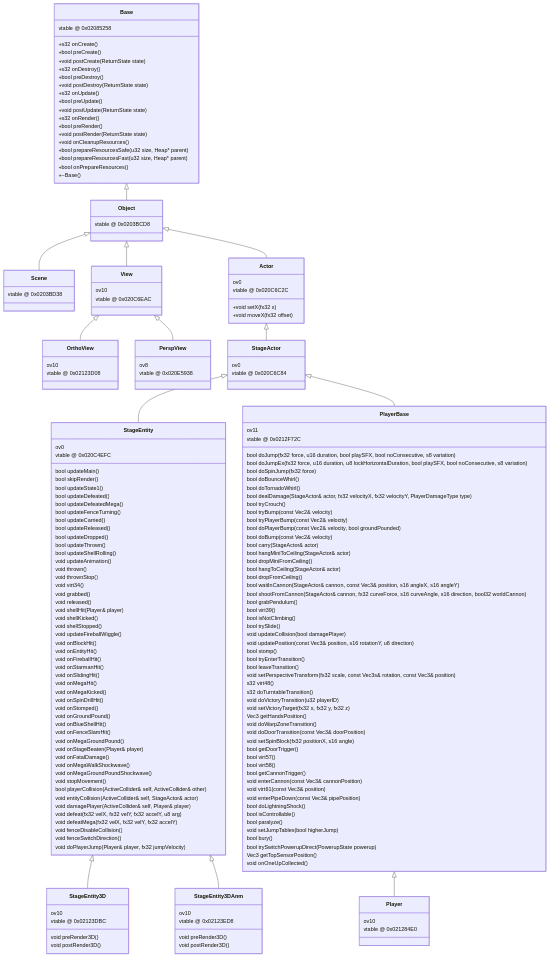
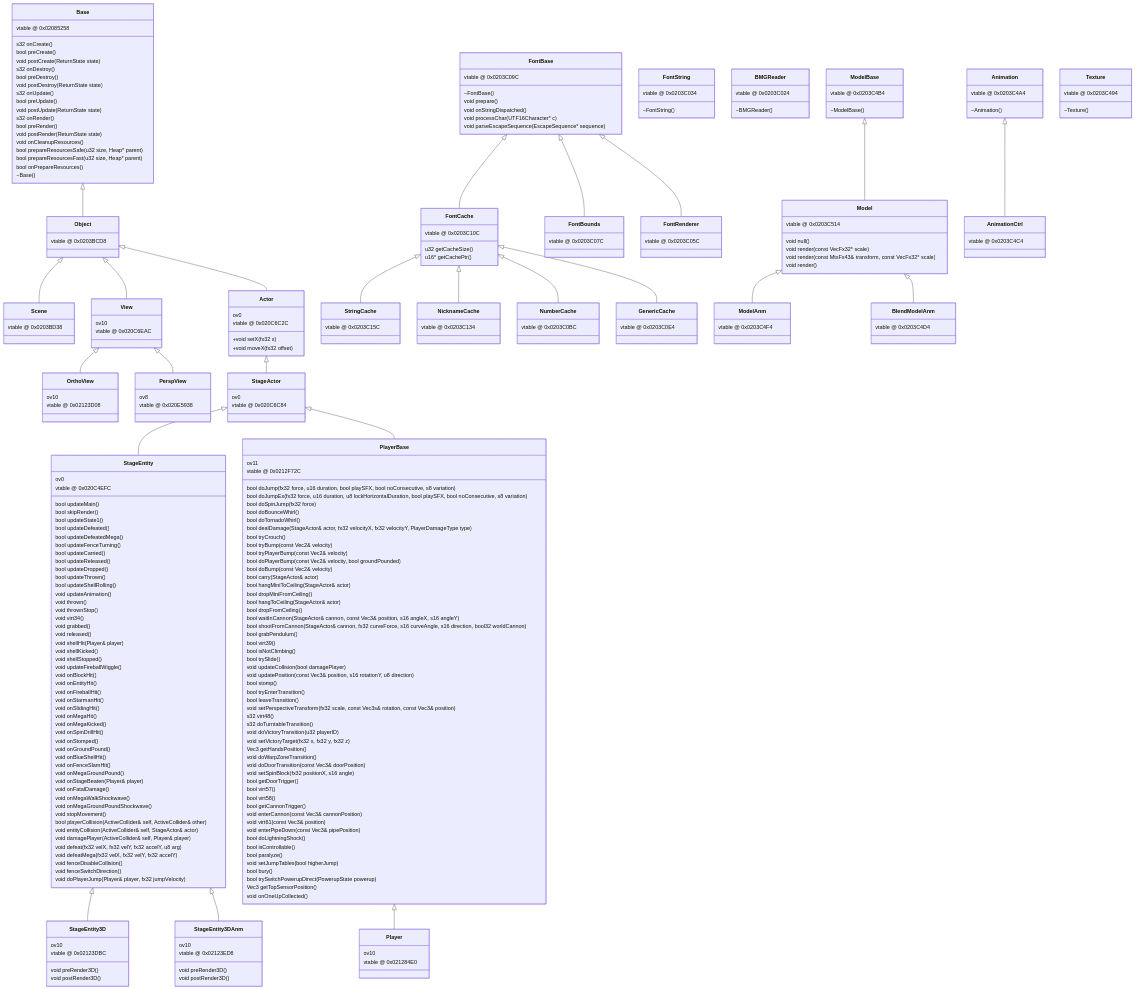
One commit to MammaMiaTeam/NSMB-Code-Reference changed the diagram in Class Hierarchy.md. Above: the diagram before and after it, drawn with Mermaid.

Commit message:
Update Class Hierarchy.md

````diff
--- a/Class Hierarchy.md
+++ b/Class Hierarchy.md
@@ -6,23 +6,23 @@
 
 	class Base
 	Base : vtable @ 0x02085258
-	Base : +s32 onCreate()
-	Base : +bool preCreate()
-	Base : +void postCreate(ReturnState state)
-	Base : +s32 onDestroy()
-	Base : +bool preDestroy()
-	Base : +void postDestroy(ReturnState state)
-	Base : +s32 onUpdate()
-	Base : +bool preUpdate()
-	Base : +void postUpdate(ReturnState state)
-	Base : +s32 onRender()
-	Base : +bool preRender()
-	Base : +void postRender(ReturnState state)
-	Base : +void onCleanupResources()
-	Base : +bool prepareResourcesSafe(u32 size, Heap* parent)
-	Base : +bool prepareResourcesFast(u32 size, Heap* parent)
-	Base : +bool onPrepareResources()
-	Base : +~Base()
+	Base : s32 onCreate()
+	Base : bool preCreate()
+	Base : void postCreate(ReturnState state)
+	Base : s32 onDestroy()
+	Base : bool preDestroy()
+	Base : void postDestroy(ReturnState state)
+	Base : s32 onUpdate()
+	Base : bool preUpdate()
+	Base : void postUpdate(ReturnState state)
+	Base : s32 onRender()
+	Base : bool preRender()
+	Base : void postRender(ReturnState state)
+	Base : void onCleanupResources()
+	Base : bool prepareResourcesSafe(u32 size, Heap* parent)
+	Base : bool prepareResourcesFast(u32 size, Heap* parent)
+	Base : bool onPrepareResources()
+	Base : ~Base()
 
 	class Object
 	Base <|-- Object
@@ -185,5 +185,85 @@
 	PlayerBase <|-- Player
 	Player : ov10
 	Player : vtable @ 0x021284E0
+	
+	%% Graphics.2D
+	class FontBase
+	FontBase : vtable @ 0x0203C09C
+	FontBase : ~FontBase()
+	FontBase : void prepare()
+	FontBase : void onStringDispatched()
+	FontBase : void processChar(UTF16Character* c)
+	FontBase : void parseEscapeSequence(EscapeSequence* sequence)
+	
+	class FontCache
+	FontBase <|-- FontCache
+	FontCache : vtable @ 0x0203C10C
+	FontCache : u32 getCacheSize()
+	FontCache : u16* getCachePtr()
 
+	class StringCache
+	FontCache <|-- StringCache
+	StringCache : vtable @ 0x0203C15C
+
+	class NicknameCache
+	FontCache <|-- NicknameCache
+	NicknameCache : vtable @ 0x0203C134
+
+	class NumberCache
+	FontCache <|-- NumberCache
+	NumberCache : vtable @ 0x0203C0BC
+
+	class GenericCache
+	FontCache <|-- GenericCache
+	GenericCache : vtable @ 0x0203C0E4
+
+	class FontBounds
+	FontBase <|-- FontBounds
+	FontBounds : vtable @ 0x0203C07C
+
+	class FontString
+	FontString : vtable @ 0x0203C034
+	FontString : ~FontString()
+
+	class FontRenderer
+	FontBase <|-- FontRenderer
+	FontRenderer : vtable @ 0x0203C05C
+
+	class BMGReader
+	BMGReader : vtable @ 0x0203C024
+	BMGReader : ~BMGReader()
+
+	%% Graphics.3D
+	class ModelBase
+	ModelBase : vtable @ 0x0203C4B4
+	ModelBase : ~ModelBase()
+	
+	class Model
+	ModelBase <|-- Model
+	Model : vtable @ 0x0203C514
+	Model : void null()
+	Model : void render(const VecFx32* scale)
+	Model : void render(const MtxFx43& transform, const VecFx32* scale)
+	Model : void render()
+	
+	class ModelAnm
+	Model <|-- ModelAnm
+	ModelAnm : vtable @ 0x0203C4F4
+	
+	class BlendModelAnm
+	Model <|-- BlendModelAnm
+	BlendModelAnm : vtable @ 0x0203C4D4
+	
+	class Animation
+	Animation : vtable @ 0x0203C4A4
+	Animation : ~Animation()
+	
+	class AnimationCtrl
+	Animation <|-- AnimationCtrl
+	AnimationCtrl : vtable @ 0x0203C4C4
+	
+	class Texture
+	Texture : vtable @ 0x0203C494
+	Texture : ~Texture()
+	
 ```
````
